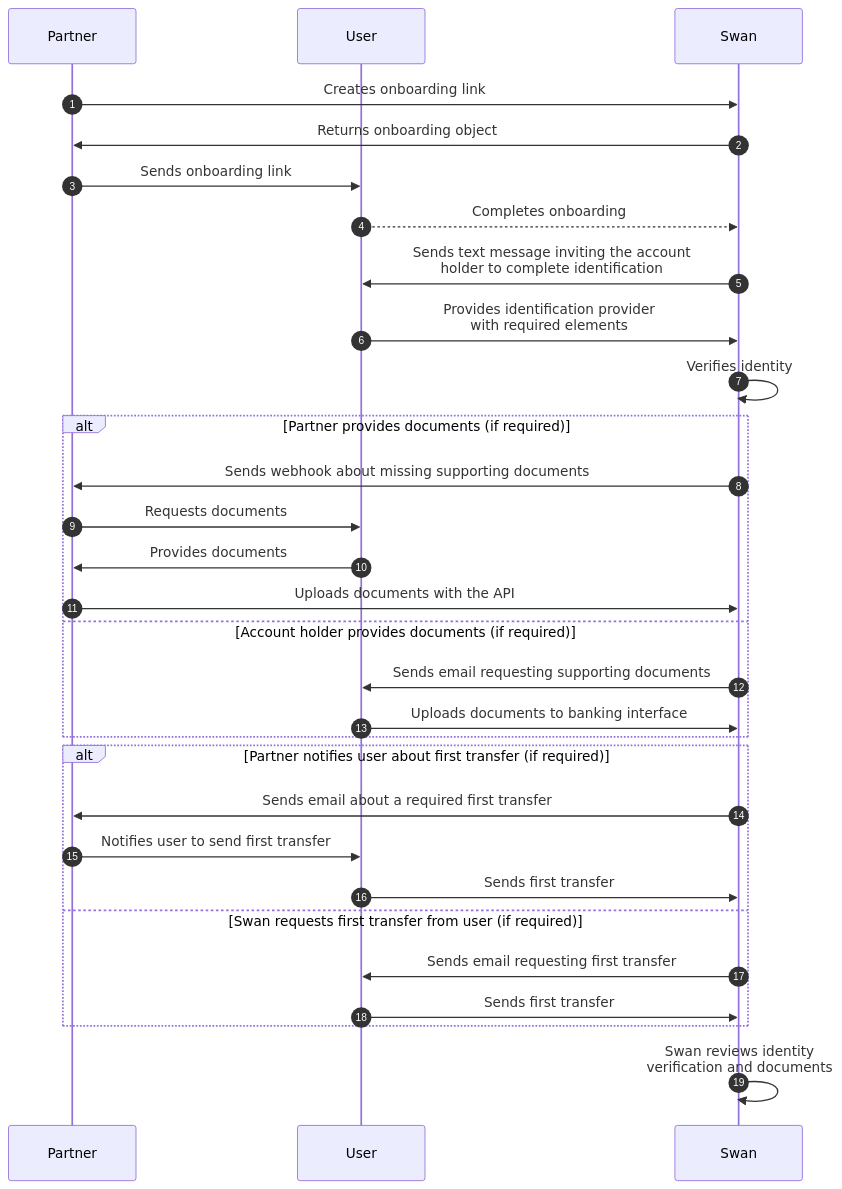
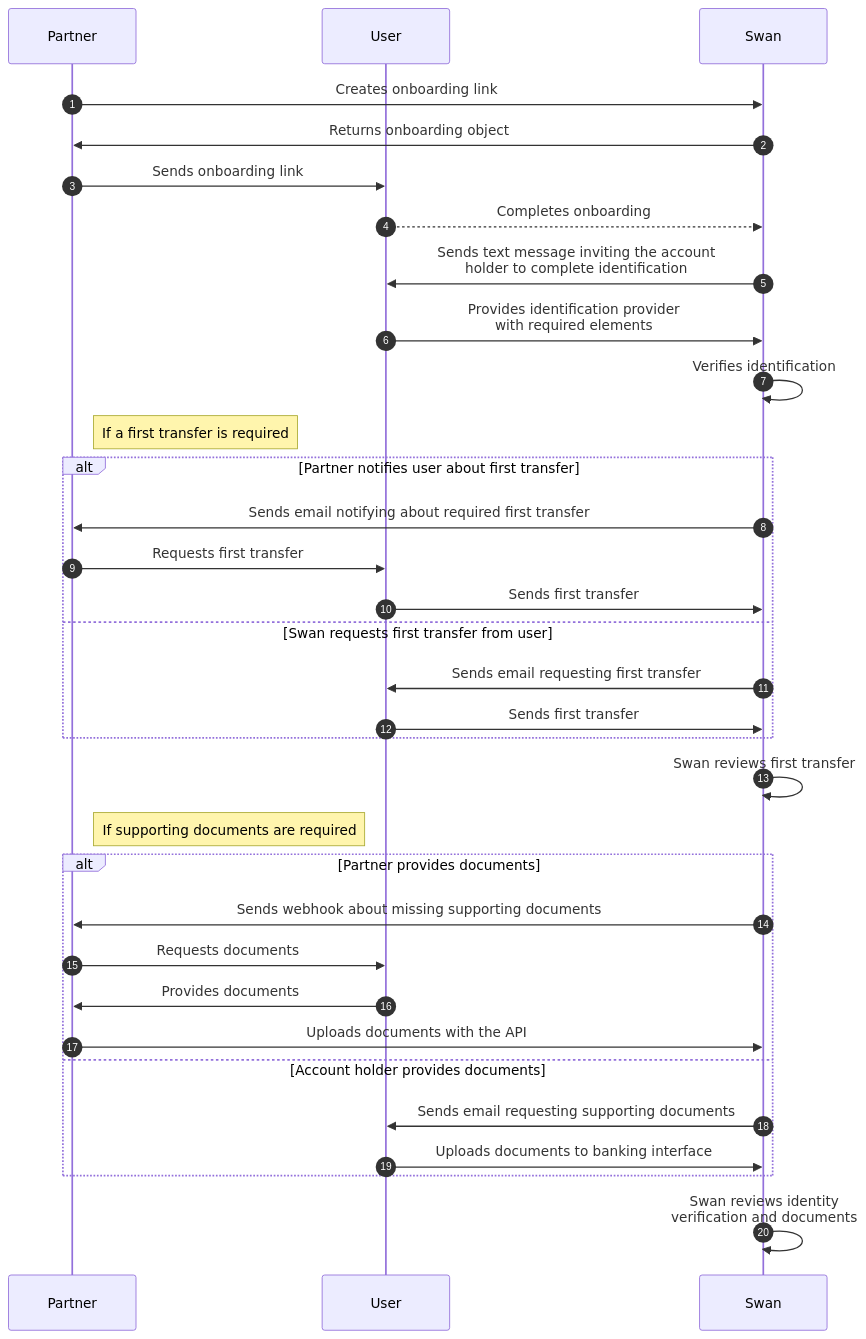
One commit to swan-io/docs changed the second of 2 diagrams in docs/topics/onboarding/account-holders/index.mdx. Above: the diagram before and after it, drawn with Mermaid. The commit also changed other lines of this file and 6 other files, not shown here.

Commit message:
fixup! DOC-326 add first transfer to account holders

````diff
--- a/docs/topics/onboarding/account-holders/index.mdx
+++ b/docs/topics/onboarding/account-holders/index.mdx
@@ -124,31 +123,34 @@
 ```mermaid
 sequenceDiagram autoNumber
 participant P as Partner
 participant U as User
 participant S as Swan
     P ->> S: Creates onboarding link
     S ->> P: Returns onboarding object
     P ->> U: Sends onboarding link
     U -->> S: Completes onboarding
     S ->> U: Sends text message inviting the account<br/>holder to complete identification
     U ->> S: Provides identification provider<br/>with required elements
-    S ->> S: Verifies identity
-    alt Partner provides documents (if required)
+    S ->> S: Verifies identification
+    note right of P: If a first transfer is required
+    alt Partner notifies user about first transfer
+        S ->> P: Sends email notifying about required first transfer
+        P ->> U: Requests first transfer
+        U ->> S: Sends first transfer
+    else Swan requests first transfer from user
+        S ->> U: Sends email requesting first transfer
+        U ->> S: Sends first transfer
+    end
+    S ->> S: Swan reviews first transfer
+    note right of P: If supporting documents are required
+    alt Partner provides documents
         S ->> P: Sends webhook about missing supporting documents
         P ->> U: Requests documents
         U ->> P: Provides documents
         P ->>S: Uploads documents with the API
-    else Account holder provides documents (if required)
+    else Account holder provides documents
         S ->> U: Sends email requesting supporting documents
         U ->> S: Uploads documents to banking interface
     end
-    alt Partner notifies user about first transfer (if required)
-        S ->> P: Sends email about a required first transfer
-        P ->> U: Notifies user to send first transfer
-        U ->> S: Sends first transfer
-    else Swan requests first transfer from user (if required)
-        S ->> U: Sends email requesting first transfer
-        U ->> S: Sends first transfer
-    end
     S ->> S: Swan reviews identity<br/>verification and documents
 ```
````
